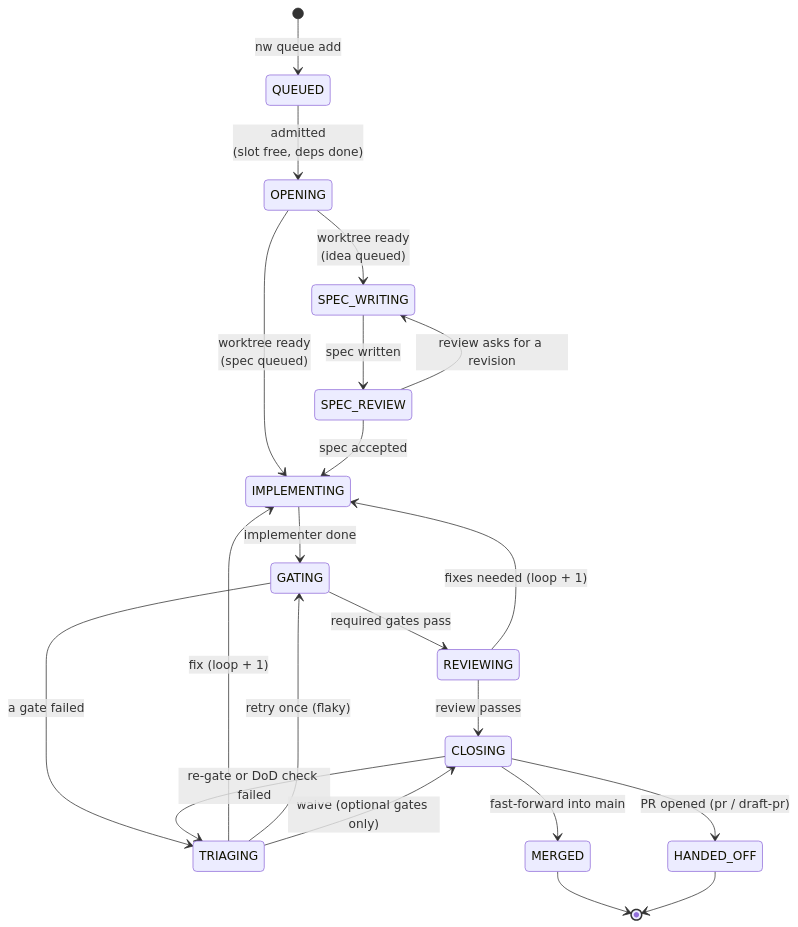
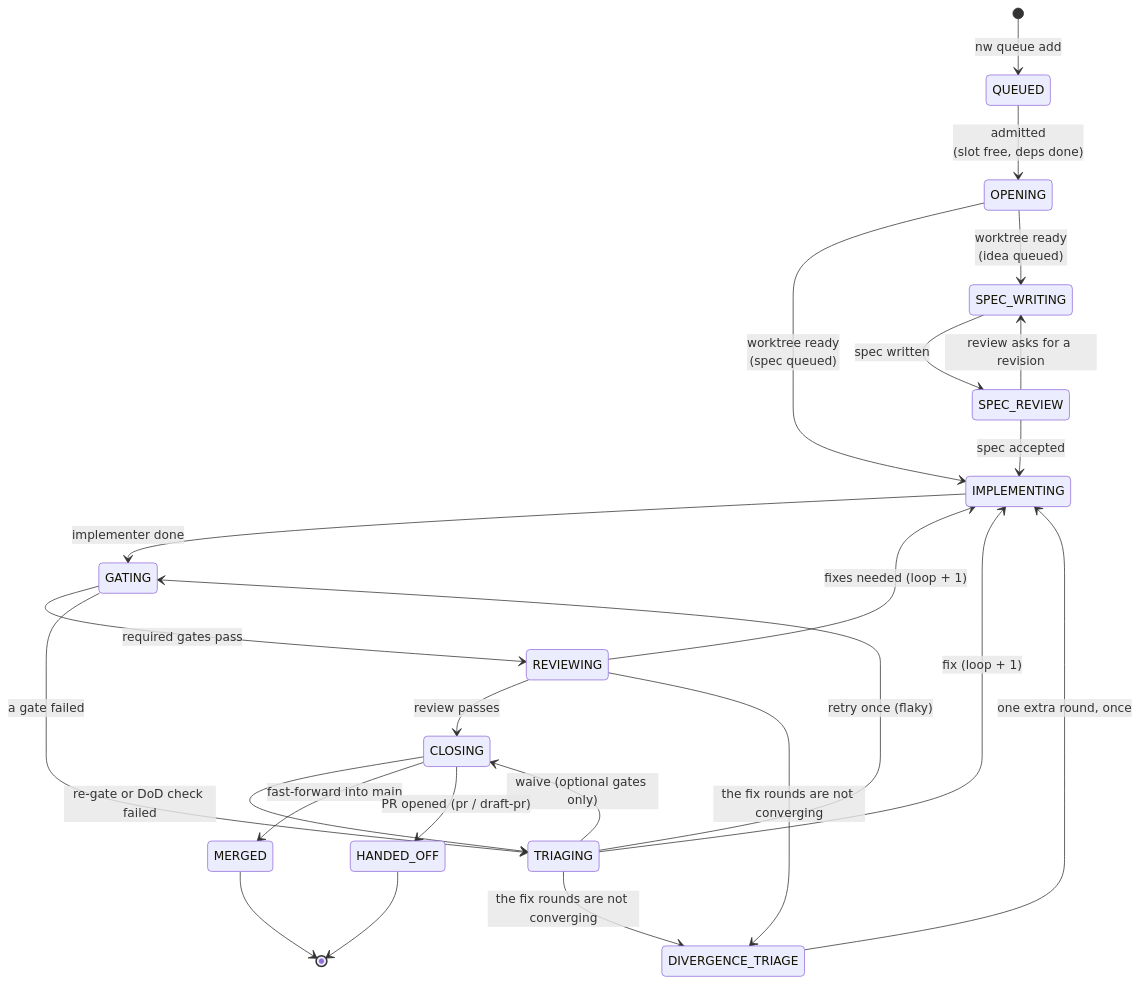
The first of 3 diagrams in docs/product/loop/states.md (brunosmmm/nightwright), drawn with Mermaid before and after one commit. The commit also changed other lines of this file and 30 other files, not shown here.

First line of the commit message:
Triage a diverging fix loop before spending another implement round.

````diff
--- a/docs/product/loop/states.md
+++ b/docs/product/loop/states.md
@@ -11,24 +11,27 @@
 ```mermaid
 stateDiagram-v2
     direction TB
     [*] --> QUEUED: nw queue add
     QUEUED --> OPENING: admitted<br/>(slot free, deps done)
     OPENING --> IMPLEMENTING: worktree ready<br/>(spec queued)
     OPENING --> SPEC_WRITING: worktree ready<br/>(idea queued)
     SPEC_WRITING --> SPEC_REVIEW: spec written
     SPEC_REVIEW --> SPEC_WRITING: review asks for a revision
     SPEC_REVIEW --> IMPLEMENTING: spec accepted
     IMPLEMENTING --> GATING: implementer done
     GATING --> REVIEWING: required gates pass
     GATING --> TRIAGING: a gate failed
     TRIAGING --> IMPLEMENTING: fix (loop + 1)
     TRIAGING --> GATING: retry once (flaky)
     TRIAGING --> CLOSING: waive (optional gates only)
     REVIEWING --> IMPLEMENTING: fixes needed (loop + 1)
     REVIEWING --> CLOSING: review passes
+    REVIEWING --> DIVERGENCE_TRIAGE: the fix rounds are not converging
+    TRIAGING --> DIVERGENCE_TRIAGE: the fix rounds are not converging
+    DIVERGENCE_TRIAGE --> IMPLEMENTING: one extra round, once
     CLOSING --> TRIAGING: re-gate or DoD check failed
     CLOSING --> MERGED: fast-forward into main
     CLOSING --> HANDED_OFF: PR opened (pr / draft-pr)
     MERGED --> [*]
     HANDED_OFF --> [*]
 ```
````
